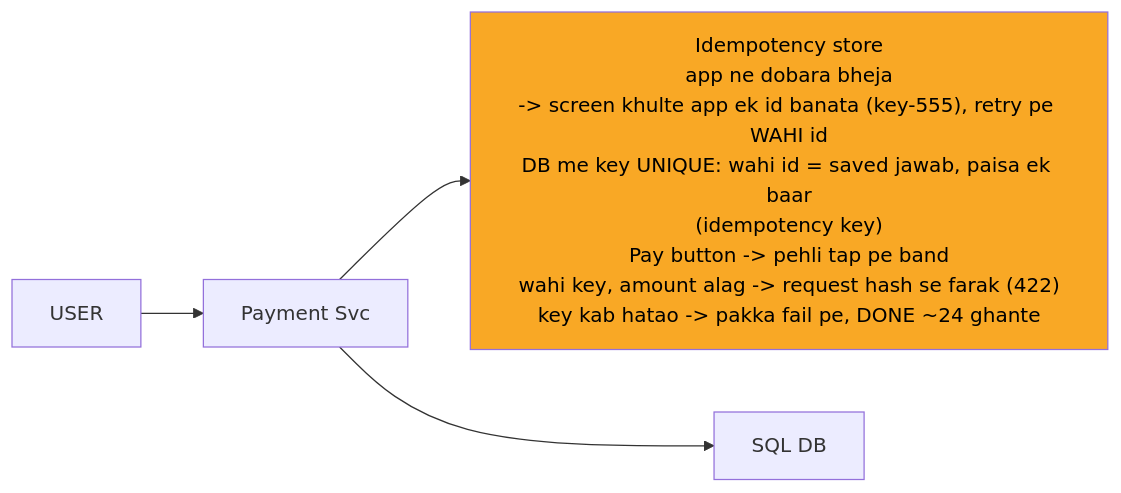
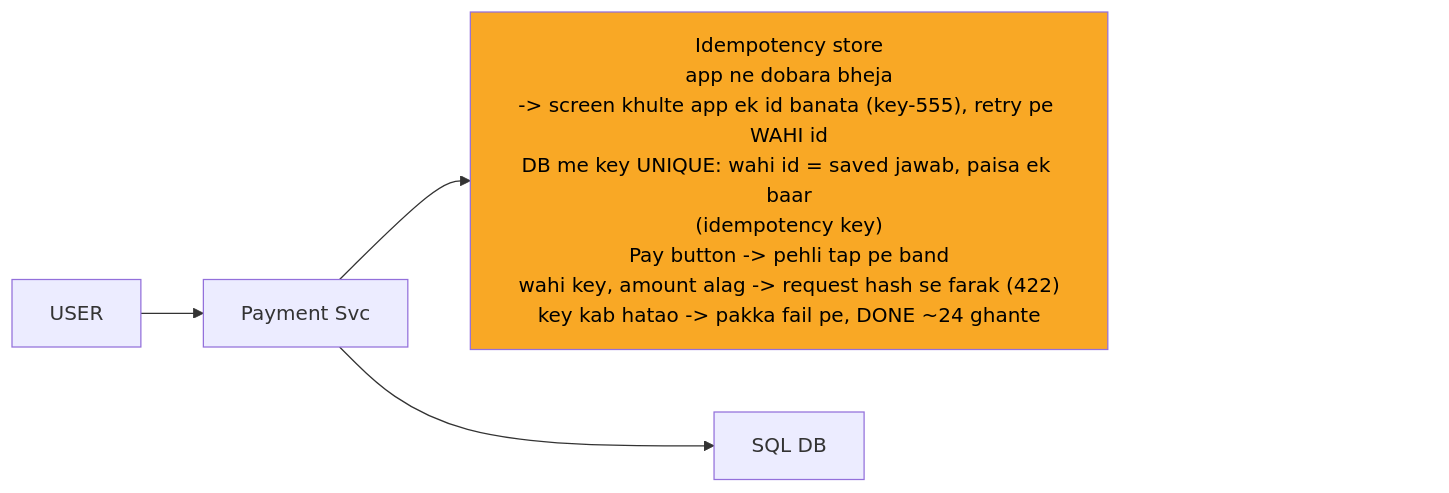
One commit to ArpanMaheshwari144/Prep changed the fourth of 12 diagrams in 04_HLD/SYSTEM_DESIGNS/06_payment_system/06_payment_system.md. Above: the diagram before and after it, drawn with Mermaid. The commit also changed other lines of this file and 13 other files, not shown here.

Commit message:
hld 14 file: har diagram ke daayein andekha dabba, zoom button asli dabbe pe na aaye

````diff
--- a/04_HLD/SYSTEM_DESIGNS/06_payment_system/06_payment_system.md
+++ b/04_HLD/SYSTEM_DESIGNS/06_payment_system/06_payment_system.md
@@ -190,12 +199,15 @@
 ```mermaid
 %%{init: {"flowchart": {"wrappingWidth": 450}}}%%
 flowchart LR
     n_USER["USER"]
     n_Payment_Svc["Payment Svc"]
     n_Idempotency_store["Idempotency store<br/>app ne dobara bheja<br/>-> screen khulte app ek id banata (key-555), retry pe WAHI id<br/>DB me key UNIQUE: wahi id = saved jawab, paisa ek baar<br/>(idempotency key)<br/>Pay button -> pehli tap pe band<br/>wahi key, amount alag -> request hash se farak (422)<br/>key kab hatao -> pakka fail pe, DONE ~24 ghante"]
     n_DB["SQL DB"]
     n_USER --> n_Payment_Svc
     n_Payment_Svc --> n_Idempotency_store
     n_Payment_Svc --> n_DB
+    n_pad["xxxxxxxxxxxxxxxx"]
+    n_Idempotency_store ~~~ n_pad
     style n_Idempotency_store fill:#f9a825,color:#000
+    style n_pad fill:none,stroke:none,color:#ffffff00
 ```
````
